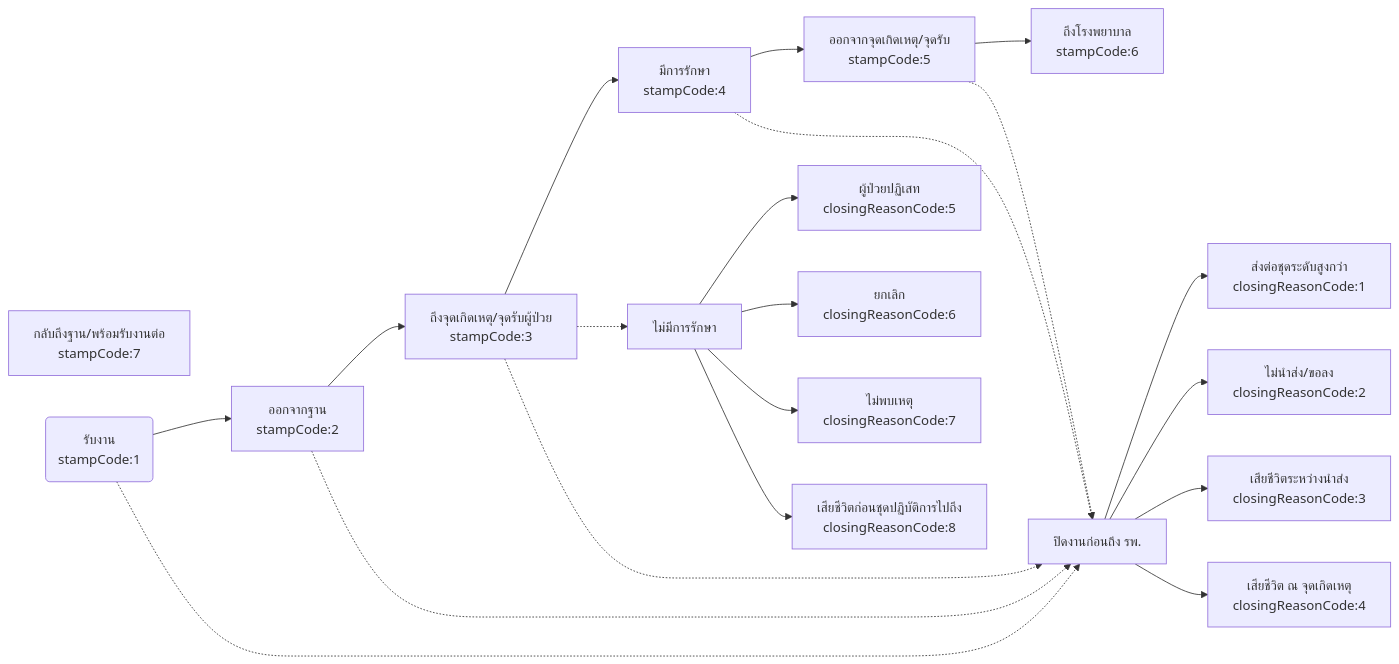
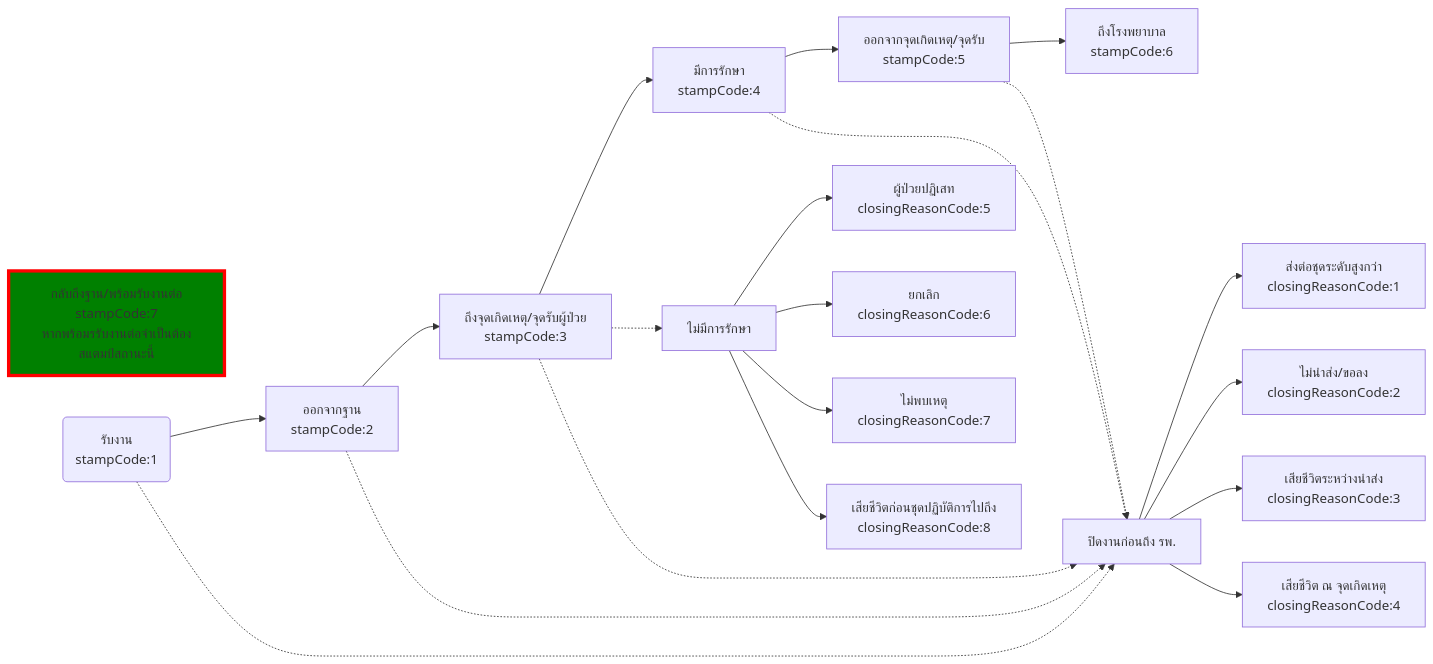
One commit to lionants02/Mi-DEMS changed the first of 4 diagrams in README.md. Above: the diagram before and after it, drawn with Mermaid.

````diff
--- a/README.md
+++ b/README.md
@@ -14,40 +14,44 @@
 ```mermaid
  flowchart LR
-    p8["กลับถึงฐาน/พร้อมรับงานต่อ\nstampCode:7"]
+    p8["กลับถึงฐาน/พร้อมรับงานต่อ\nstampCode:7\nหากพร้อมรรับงานต่อจำเป็นต้องสแตมป์สถานะนี้"]:::red
     s("รับงาน\nstampCode:1")
     p1["ออกจากฐาน\nstampCode:2"]
     p2["ถึงจุดเกิดเหตุ/จุดรับผู้ป่วย\nstampCode:3"]
     p3["มีการรักษา\nstampCode:4"]
     p4["ไม่มีการรักษา"]
     p5["ออกจากจุดเกิดเหตุ/จุดรับ\nstampCode:5"]
     p6["ถึงโรงพยาบาล\nstampCode:6"]
     p7["ปิดงานก่อนถึง รพ."]
 
     p41["ผู้ป่วยปฏิเสท\nclosingReasonCode:5"]
     p42["ยกเลิก\nclosingReasonCode:6"]
     p43["ไม่พบเหตุ\nclosingReasonCode:7"]
     p44["เสียชีวิตก่อนชุดปฏิบัติการไปถึง\nclosingReasonCode:8"]
 
     s-->p1-->p2-->p3-->p5-->p6
     p2-.->p4
     p4-->p41
     p4-->p42
     p4-->p43
     p4-->p44
 
     s-.->p7
     p1-.->p7
     p2-.->p7
     p3-.->p7
     p5-.->p7
 
     p71["ส่งต่อชุดระดับสูงกว่า\nclosingReasonCode:1"]
     p72["ไม่นำส่ง/ขอลง\nclosingReasonCode:2"]
     p73["เสียชีวิตระหว่างนำส่ง\nclosingReasonCode:3"]
     p74["เสียชีวิต ณ จุดเกิดเหตุ\nclosingReasonCode:4"]
     
     p7-->p71
     p7-->p72
     p7-->p73
     p7-->p74
+
+    classDef red stroke:#f00
+    classDef red stroke-width:4px
+    classDef red fill:green
 ```
````
